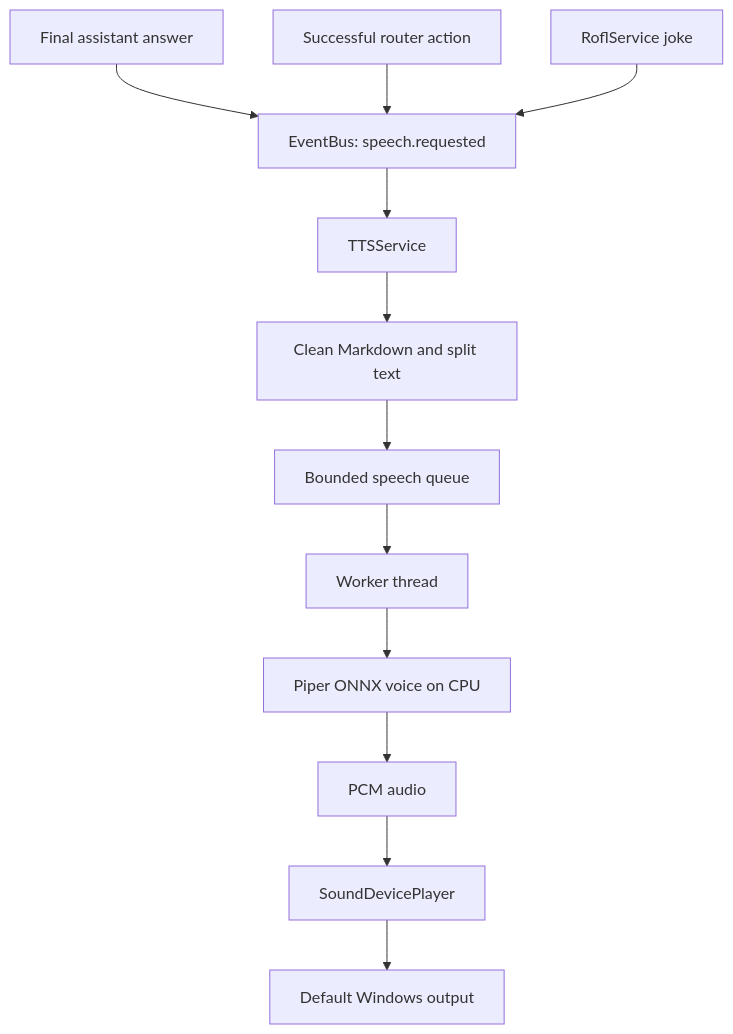
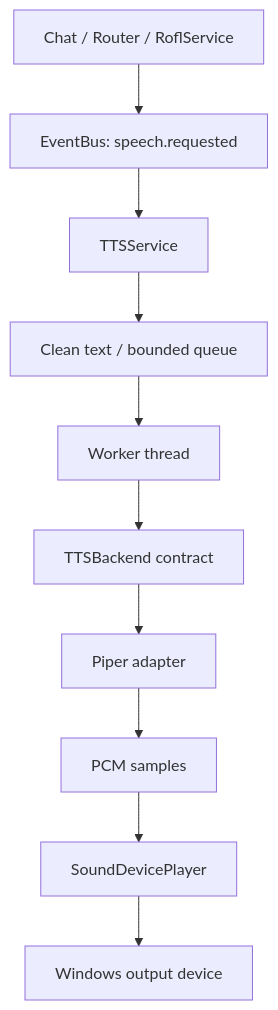
The diagram in docs/02_ARCHITECTURE/TTS_ARCHITECTURE.md (jelr1k/localjarvisgolos), drawn with Mermaid before and after one commit. The commit also changed other lines of this file and 15 other files, not shown here.

Commit message:
refactor: split TTS into extensible voice output package

````diff
--- a/docs/02_ARCHITECTURE/TTS_ARCHITECTURE.md
+++ b/docs/02_ARCHITECTURE/TTS_ARCHITECTURE.md
@@ -11,14 +39,12 @@
 ```mermaid
 flowchart TD
-    A[Final assistant answer] --> E[EventBus: speech.requested]
-    B[Successful router action] --> E
-    C[RoflService joke] --> E
-    E --> F[TTSService]
-    F --> G[Clean Markdown and split text]
-    G --> H[Bounded speech queue]
-    H --> I[Worker thread]
-    I --> J[Piper ONNX voice on CPU]
-    J --> K[PCM audio]
-    K --> L[SoundDevicePlayer]
-    L --> M[Default Windows output]
+    A[Chat / Router / RoflService] --> B[EventBus: speech.requested]
+    B --> C[TTSService]
+    C --> D[Clean text / bounded queue]
+    D --> E[Worker thread]
+    E --> F[TTSBackend contract]
+    F --> G[Piper adapter]
+    G --> H[PCM samples]
+    H --> I[SoundDevicePlayer]
+    I --> J[Windows output device]
 ```
````
